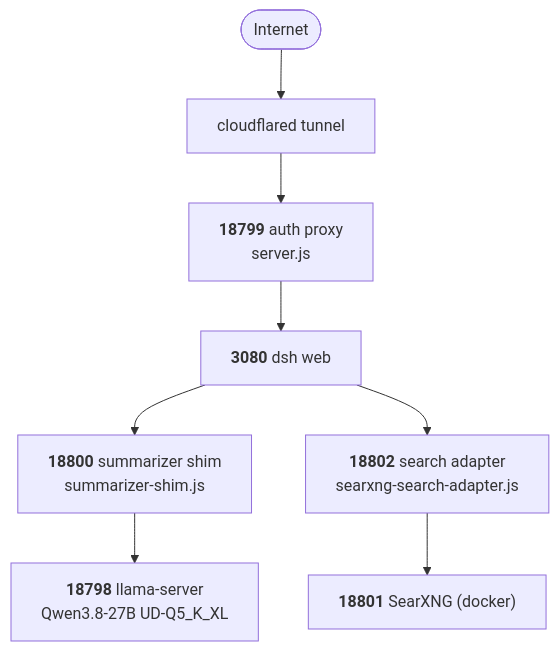
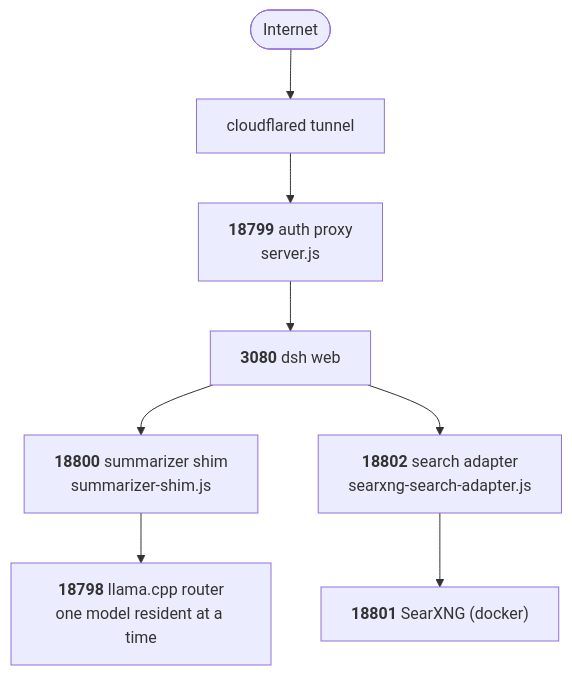
Before and after one commit to thejoelrobinson/seek-stack: the diagram in README.md, drawn with Mermaid. The commit also changed other lines of this file and 9 other files, not shown here.

First line of the commit message:
Serve models through llama.cpp router mode; support a second model

````diff
--- a/README.md
+++ b/README.md
@@ -55,10 +55,10 @@
 ```mermaid
 flowchart TD
     net([Internet]) --> cf[cloudflared tunnel]
     cf --> proxy["<b>18799</b> auth proxy<br/>server.js"]
     proxy --> web["<b>3080</b> dsh web"]
     web --> shim["<b>18800</b> summarizer shim<br/>summarizer-shim.js"]
-    shim --> llama["<b>18798</b> llama-server<br/>Qwen3.8-27B UD-Q5_K_XL"]
+    shim --> llama["<b>18798</b> llama.cpp router<br/>one model resident at a time"]
     web --> adapter["<b>18802</b> search adapter<br/>searxng-search-adapter.js"]
     adapter --> searx["<b>18801</b> SearXNG (docker)"]
 ```
````
